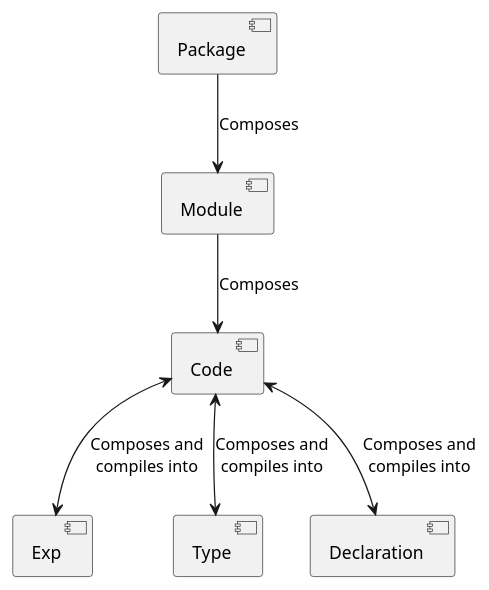
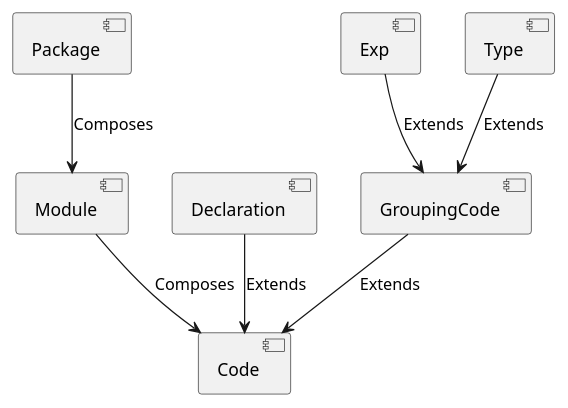
The diagram in architecture/haskell.puml (nikita-volkov/codegen-kit), drawn with PlantUML before and after one commit. The commit also changed 5 other files, not shown here.

Commit message:
Implement Code lifting in Exp

```diff
--- a/architecture/haskell.puml
+++ b/architecture/haskell.puml
@@ -1,14 +1,16 @@
 
 
 component Package
 component Code
 component Exp
 component Type
 component Declaration
 component Module
+component GroupingCode
 
 Package --> Module : Composes
 Module --> Code : Composes
-Code <--> Exp : Composes and\ncompiles into
-Code <--> Type : Composes and\ncompiles into
-Code <--> Declaration : Composes and\ncompiles into
+Declaration --> Code : Extends
+GroupingCode --> Code : Extends
+Exp --> GroupingCode : Extends
+Type --> GroupingCode : Extends
```
